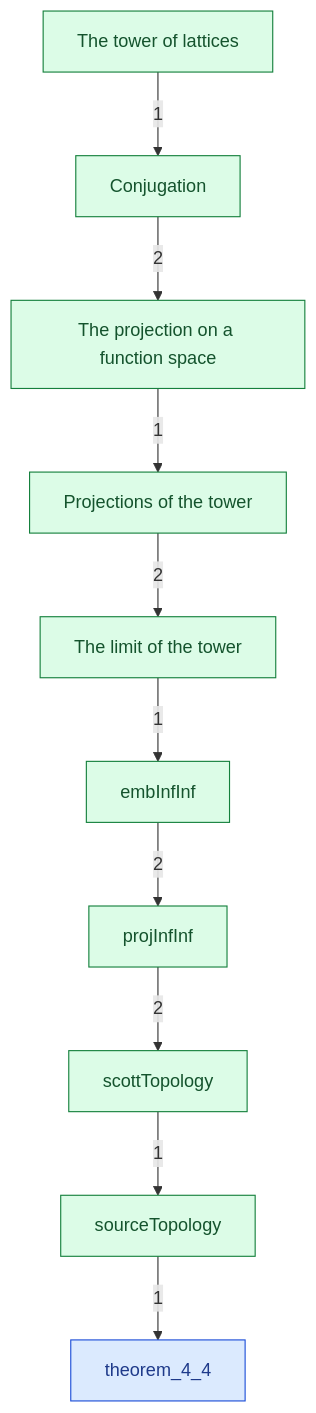
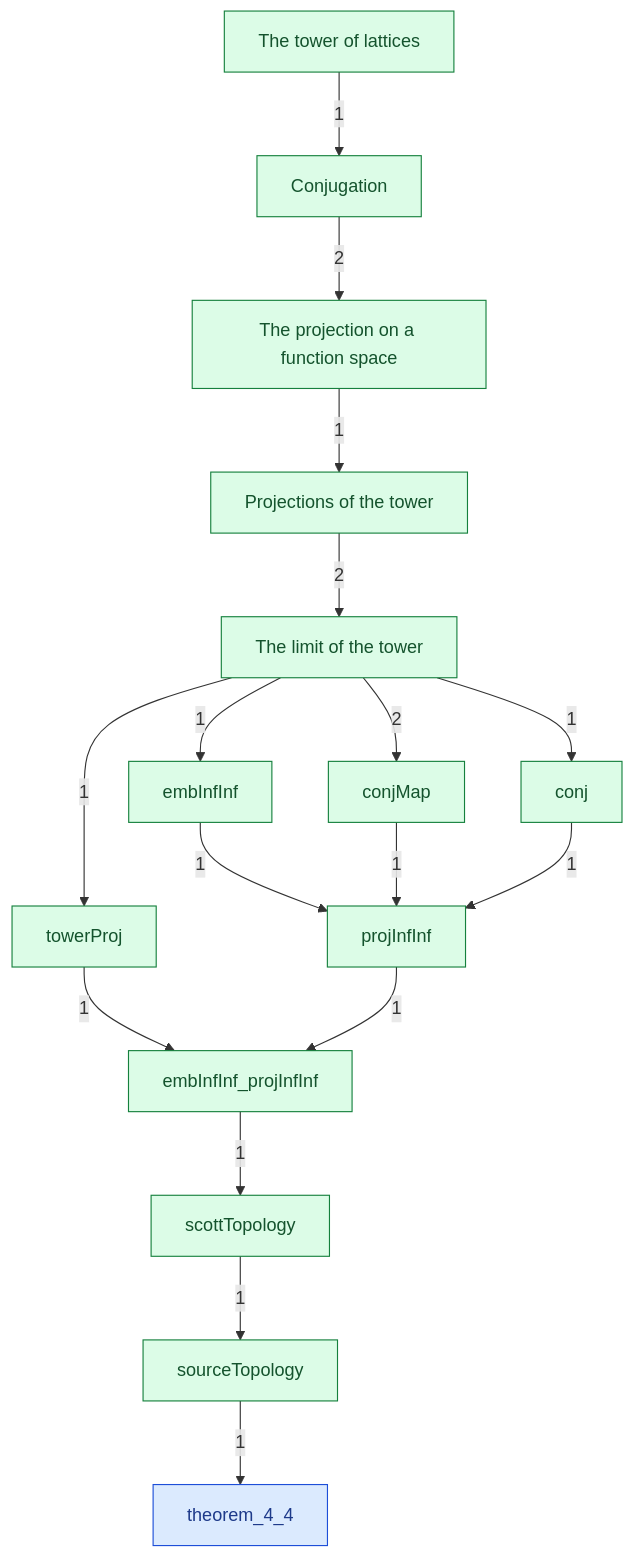
One commit to catskillsresearch/DomainTheory changed the diagram in DomainTheory/ContinuousLattice/FunctionSpaceTower/1972_Function_space_tower.mermaid. Above: the diagram before and after it, drawn with Mermaid. The commit also changed 51 other files, not shown here.

```diff
--- a/DomainTheory/ContinuousLattice/FunctionSpaceTower/1972_Function_space_tower.mermaid
+++ b/DomainTheory/ContinuousLattice/FunctionSpaceTower/1972_Function_space_tower.mermaid
@@ -1,27 +1,38 @@
 %% Notes of the function space tower.
 %% Arrowhead on the importer. The number is a direct-import count.
 %% An arrow already implied by a longer path is omitted.
 flowchart TB
   LAT["The tower of lattices"]
   CONJ["Conjugation"]
   FSP["The projection on a function space"]
   PROJ["Projections of the tower"]
   LIM["The limit of the tower"]
   EINF["embInfInf"]
+  CMAP["conjMap"]
+  CONJX["conj"]
+  TPROJ["towerProj"]
   PINF["projInfInf"]
+  ECOMP["embInfInf_projInfInf"]
   SCOTT["scottTopology"]
   SOURCE["sourceTopology"]
   THM["theorem_4_4"]
   LAT -->|"1"| CONJ
   CONJ -->|"2"| FSP
   FSP -->|"1"| PROJ
   PROJ -->|"2"| LIM
   LIM -->|"1"| EINF
-  EINF -->|"2"| PINF
-  PINF -->|"2"| SCOTT
+  LIM -->|"2"| CMAP
+  LIM -->|"1"| CONJX
+  LIM -->|"1"| TPROJ
+  EINF -->|"1"| PINF
+  CMAP -->|"1"| PINF
+  CONJX -->|"1"| PINF
+  TPROJ -->|"1"| ECOMP
+  PINF -->|"1"| ECOMP
+  ECOMP -->|"1"| SCOTT
   SCOTT -->|"1"| SOURCE
   SOURCE -->|"1"| THM
   classDef concept fill:#dcfce7,stroke:#15803d,color:#14532d
   classDef numbered fill:#dbeafe,stroke:#1d4ed8,color:#1e3a8a
-  class LAT,CONJ,FSP,PROJ,LIM,EINF,PINF,SCOTT,SOURCE concept
+  class LAT,CONJ,FSP,PROJ,LIM,EINF,CMAP,CONJX,TPROJ,PINF,ECOMP,SCOTT,SOURCE concept
   class THM numbered
```
